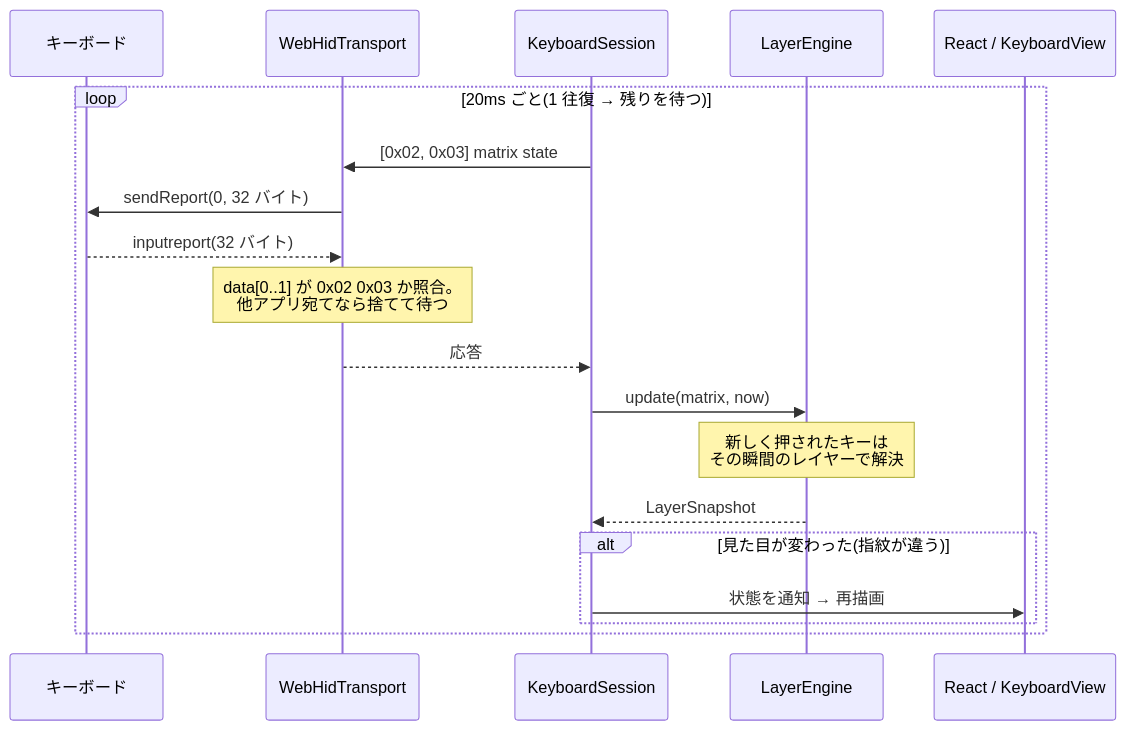
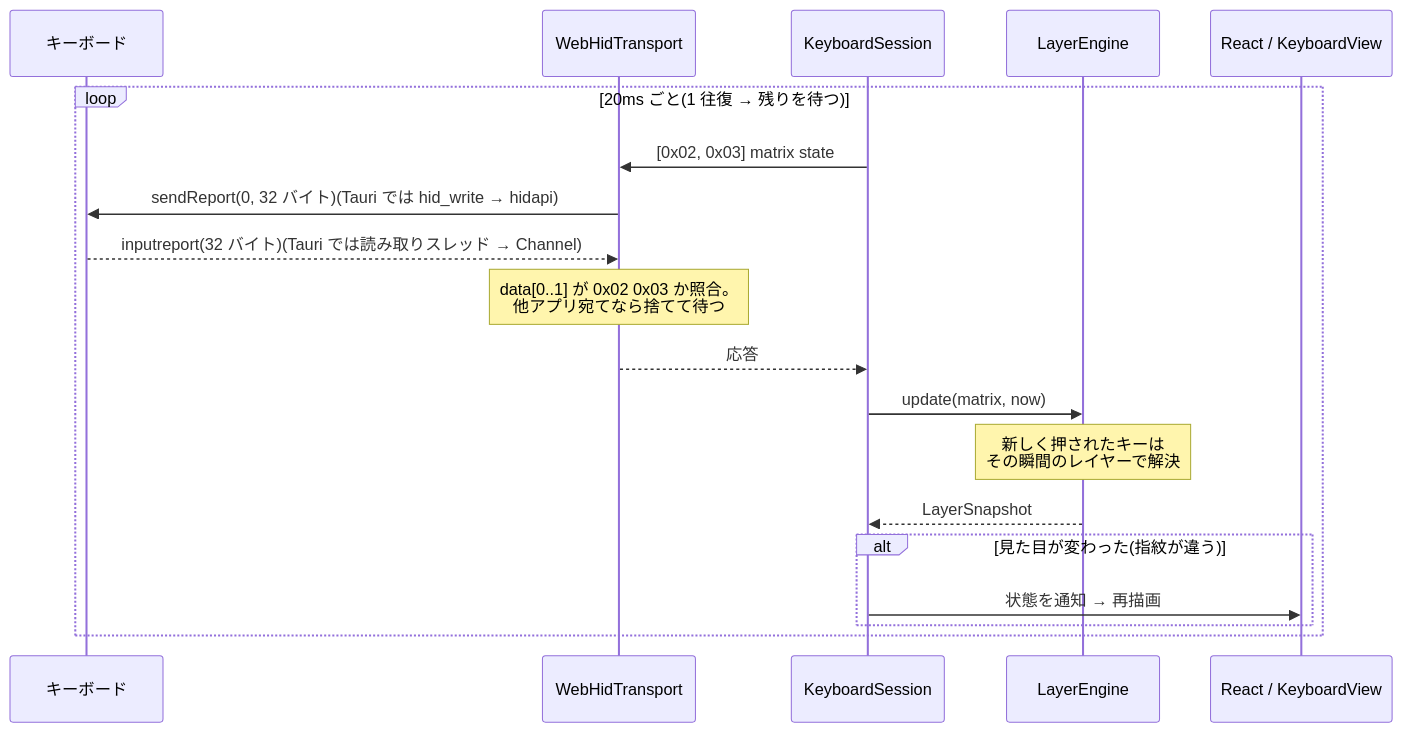
The third of 4 diagrams in docs/ARCHITECTURE.md (masacchi/live-keymap-viewer), drawn with Mermaid before and after one commit. The commit also changed other lines of this file and 5 other files, not shown here.

````diff
--- a/docs/ARCHITECTURE.md
+++ b/docs/ARCHITECTURE.md
@@ -122,22 +137,22 @@
 ```mermaid
 sequenceDiagram
   participant KB as キーボード
   participant T as WebHidTransport
   participant S as KeyboardSession
   participant E as LayerEngine
   participant R as React / KeyboardView
 
   loop 20ms ごと(1 往復 → 残りを待つ)
     S->>T: [0x02, 0x03] matrix state
-    T->>KB: sendReport(0, 32 バイト)
-    KB-->>T: inputreport(32 バイト)
+    T->>KB: sendReport(0, 32 バイト)(Tauri では hid_write → hidapi)
+    KB-->>T: inputreport(32 バイト)(Tauri では読み取りスレッド → Channel)
     Note over T: data[0..1] が 0x02 0x03 か照合。<br/>他アプリ宛てなら捨てて待つ
     T-->>S: 応答
     S->>E: update(matrix, now)
     Note over E: 新しく押されたキーは<br/>その瞬間のレイヤーで解決
     E-->>S: LayerSnapshot
     alt 見た目が変わった(指紋が違う)
       S->>R: 状態を通知 → 再描画
     end
   end
 ```
````
